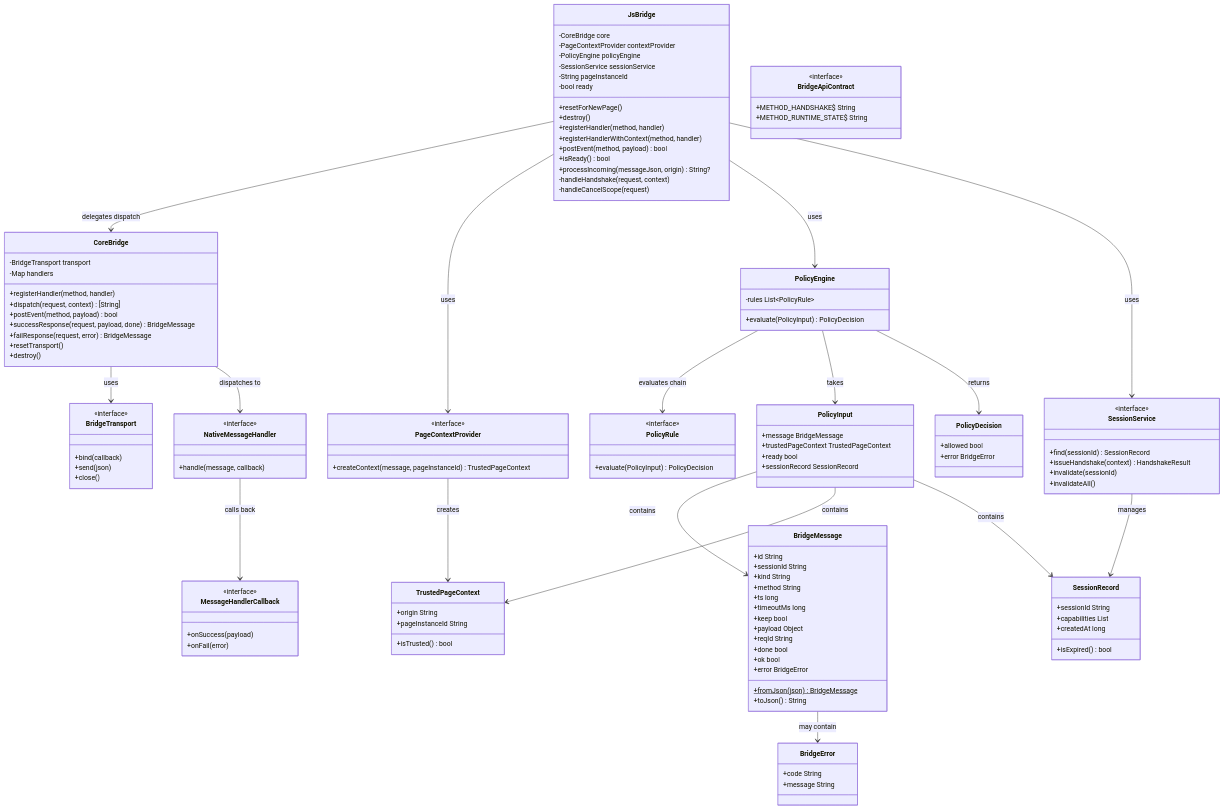
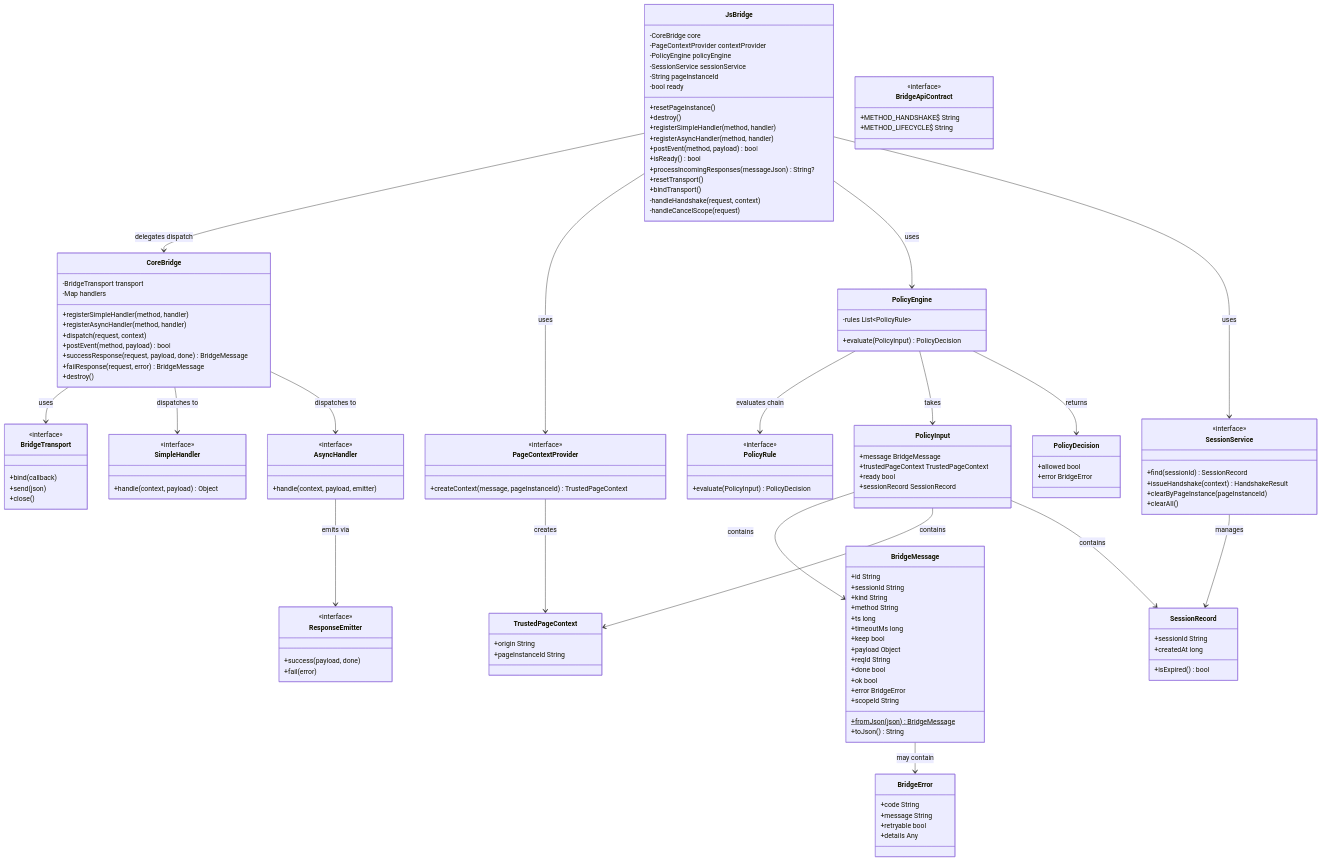
Before and after one commit to xesam/JsBridge2: the first of 4 diagrams in docs/02-architecture.md, drawn with Mermaid. The commit also changed other lines of this file and 281 other files, not shown here.

First line of the commit message:
feat: 多端 JS-Native bridge 库 - 完整实现

```diff
--- a/docs/02-architecture.md
+++ b/docs/02-architecture.md
@@ -42,12 +45,12 @@
     class CoreBridge {
         -BridgeTransport transport
         -Map handlers
-        +registerHandler(method, handler)
-        +dispatch(request, context) [String]
+        +registerSimpleHandler(method, handler)
+        +registerAsyncHandler(method, handler)
+        +dispatch(request, context)
         +postEvent(method, payload) bool
         +successResponse(request, payload, done) BridgeMessage
         +failResponse(request, error) BridgeMessage
-        +resetTransport()
         +destroy()
     }
 
@@ -58,13 +61,15 @@
         -SessionService sessionService
         -String pageInstanceId
         -bool ready
-        +resetForNewPage()
+        +resetPageInstance()
         +destroy()
-        +registerHandler(method, handler)
-        +registerHandlerWithContext(method, handler)
+        +registerSimpleHandler(method, handler)
+        +registerAsyncHandler(method, handler)
         +postEvent(method, payload) bool
         +isReady() bool
-        +processIncoming(messageJson, origin) String?
+        +processIncomingResponses(messageJson) String?
+        +resetTransport()
+        +bindTransport()
         -handleHandshake(request, context)
         -handleCancelScope(request)
     }
@@ -84,7 +89,6 @@
     class TrustedPageContext {
         +origin String
         +pageInstanceId String
-        +isTrusted() bool
     }
 
     class PolicyEngine {
@@ -113,26 +117,30 @@
         <<interface>>
         +find(sessionId) SessionRecord
         +issueHandshake(context) HandshakeResult
-        +invalidate(sessionId)
-        +invalidateAll()
+        +clearByPageInstance(pageInstanceId)
+        +clearAll()
     }
 
     class SessionRecord {
         +sessionId String
-        +capabilities List
         +createdAt long
         +isExpired() bool
     }
 
-    class NativeMessageHandler {
+    class SimpleHandler {
         <<interface>>
-        +handle(message, callback)
+        +handle(context, payload) Object
     }
 
-    class MessageHandlerCallback {
+    class AsyncHandler {
         <<interface>>
-        +onSuccess(payload)
-        +onFail(error)
+        +handle(context, payload, emitter)
+    }
+
+    class ResponseEmitter {
+        <<interface>>
+        +success(payload, done)
+        +fail(error)
     }
 
     class BridgeMessage {
@@ -148,6 +156,7 @@
         +done bool
         +ok bool
         +error BridgeError
+        +scopeId String
         +fromJson(json)$ BridgeMessage
         +toJson() String
     }
@@ -155,12 +164,14 @@
     class BridgeError {
         +code String
         +message String
+        +retryable bool
+        +details Any
     }
 
     class BridgeApiContract {
         <<interface>>
         +METHOD_HANDSHAKE$ String
-        +METHOD_RUNTIME_STATE$ String
+        +METHOD_LIFECYCLE$ String
     }
 
     JsBridge --> CoreBridge : delegates dispatch
@@ -168,8 +179,9 @@
     JsBridge --> PageContextProvider : uses
     JsBridge --> PolicyEngine : uses
     JsBridge --> SessionService : uses
-    CoreBridge --> NativeMessageHandler : dispatches to
-    NativeMessageHandler --> MessageHandlerCallback : calls back
+    CoreBridge --> SimpleHandler : dispatches to
+    CoreBridge --> AsyncHandler : dispatches to
+    AsyncHandler --> ResponseEmitter : emits via
     PolicyEngine --> PolicyRule : evaluates chain
     PolicyEngine --> PolicyInput : takes
     PolicyEngine --> PolicyDecision : returns
```
